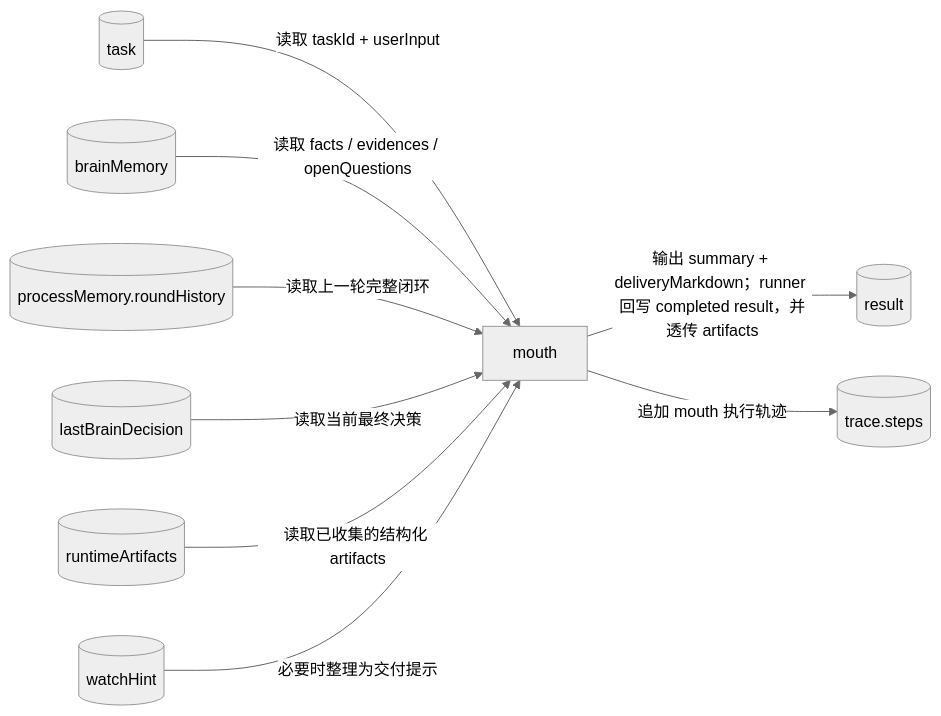
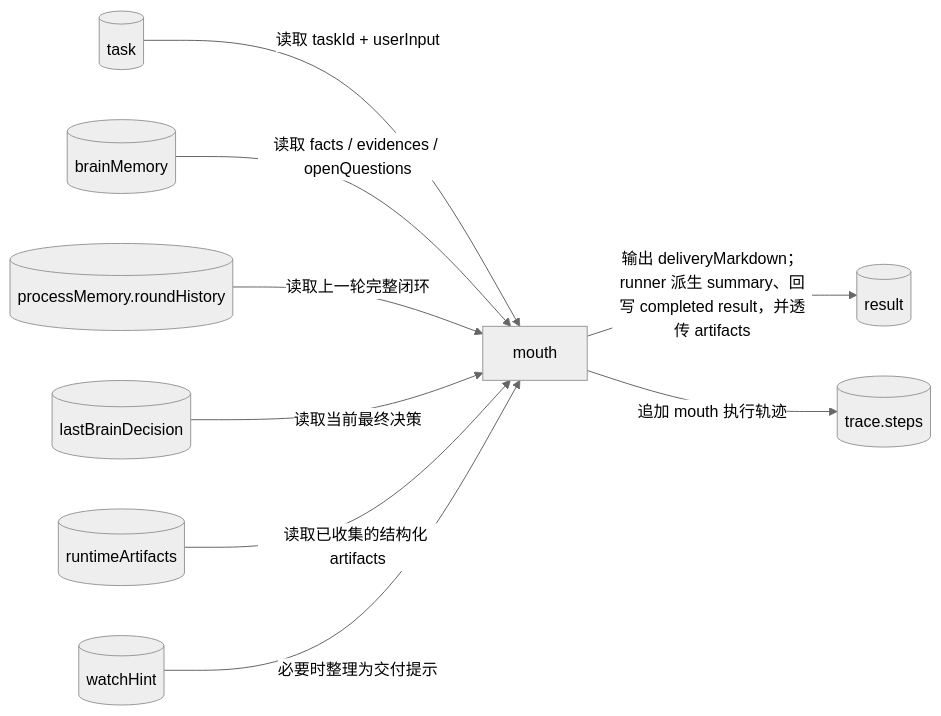
One commit to Yoan98/Ncurator changed the seventh of 7 diagrams in doc/ai-design/data-definition-and-flow.md. Above: the diagram before and after it, drawn with Mermaid (neutral theme). The commit also changed other lines of this file and 37 other files, not shown here.

````diff
--- a/doc/ai-design/data-definition-and-flow.md
+++ b/doc/ai-design/data-definition-and-flow.md
@@ -872,21 +970,21 @@
 ```mermaid
 flowchart LR
     T[("task")]
     BM[("brainMemory")]
     PM[("processMemory.roundHistory")]
     LBD[("lastBrainDecision")]
     A[("runtimeArtifacts")]
     WH[("watchHint")]
     M["mouth"]
     R[("result")]
     TR[("trace.steps")]
 
     T -->|读取 taskId + userInput| M
     BM -->|读取 facts / evidences / openQuestions| M
     PM -->|读取上一轮完整闭环| M
     LBD -->|读取当前最终决策| M
     A -->|读取已收集的结构化 artifacts| M
     WH -->|必要时整理为交付提示| M
-    M -->|输出 summary + deliveryMarkdown；runner 回写 completed result，并透传 artifacts| R
+    M -->|输出 deliveryMarkdown；runner 派生 summary、回写 completed result，并透传 artifacts| R
     M -->|追加 mouth 执行轨迹| TR
 ```
````
